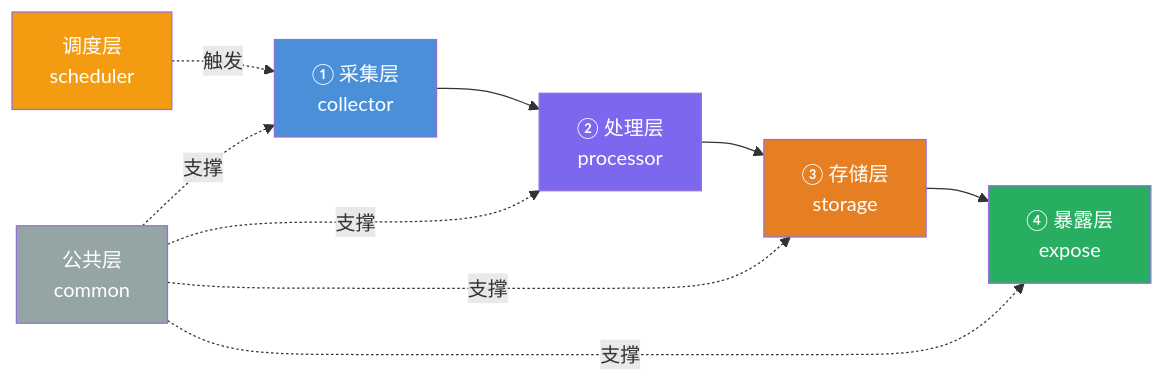
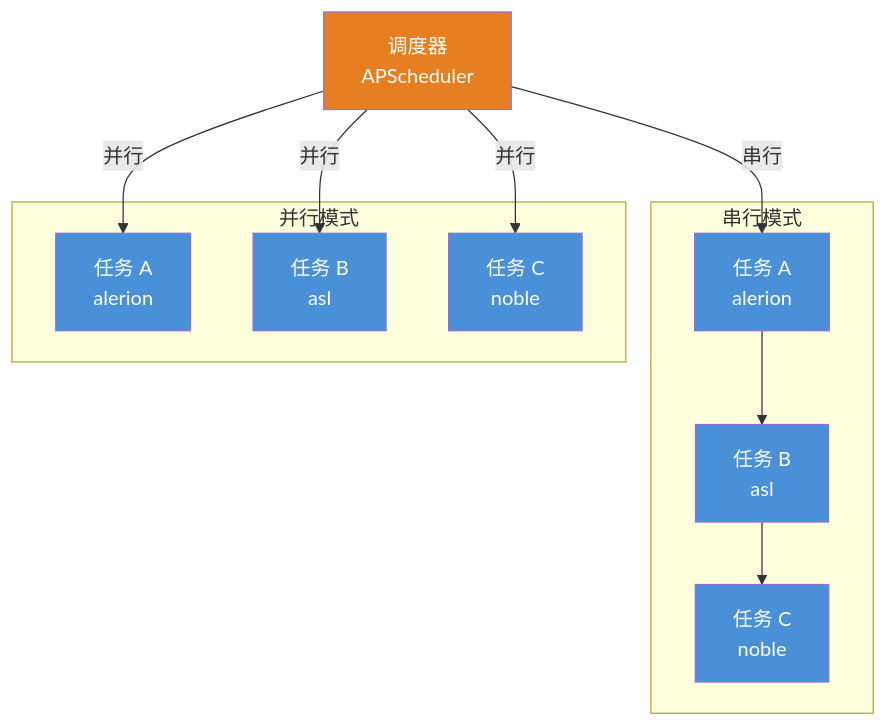
One commit to hollson/spider_awesome changed the third of 4 diagrams in docs/数据采集最佳设计方案.md. Above: the diagram before and after it, drawn with Mermaid. The commit also changed other lines of this file and 12 other files, not shown here.

````diff
--- a/docs/数据采集最佳设计方案.md
+++ b/docs/数据采集最佳设计方案.md
@@ -102,18 +165,24 @@
 ```mermaid
-graph LR
-    Collector["① 采集层<br/>collector"] --> Processor["② 处理层<br/>processor"]
-    Processor --> Storage["③ 存储层<br/>storage"]
-    Storage --> Expose["④ 暴露层<br/>expose"]
-    Scheduler["调度层<br/>scheduler"] -.触发.-> Collector
-    Common["公共层<br/>common"] -.支撑.-> Collector
-    Common -.支撑.-> Processor
-    Common -.支撑.-> Storage
-    Common -.支撑.-> Expose
+graph TD
+    subgraph 串行模式
+        S1["任务 A<br/>alerion"] --> S2["任务 B<br/>asl"]
+        S2 --> S3["任务 C<br/>noble"]
+    end
 
-    style Collector fill:#4A90D9,color:#fff
-    style Processor fill:#7B68EE,color:#fff
-    style Storage fill:#E67E22,color:#fff
-    style Expose fill:#27AE60,color:#fff
-    style Scheduler fill:#F39C12,color:#fff
-    style Common fill:#95A5A6,color:#fff
+    subgraph 并行模式
+        P1["任务 A<br/>alerion"]
+        P2["任务 B<br/>asl"]
+        P3["任务 C<br/>noble"]
+    end
+
+    Scheduler["调度器<br/>APScheduler"] -->|串行| S1
+    Scheduler -->|并行| P1 & P2 & P3
+
+    style Scheduler fill:#E67E22,color:#fff
+    style S1 fill:#4A90D9,color:#fff
+    style S2 fill:#4A90D9,color:#fff
+    style S3 fill:#4A90D9,color:#fff
+    style P1 fill:#4A90D9,color:#fff
+    style P2 fill:#4A90D9,color:#fff
+    style P3 fill:#4A90D9,color:#fff
 ```
````
